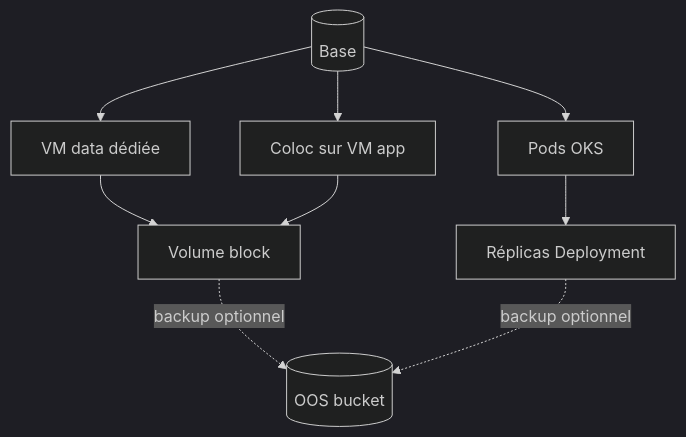
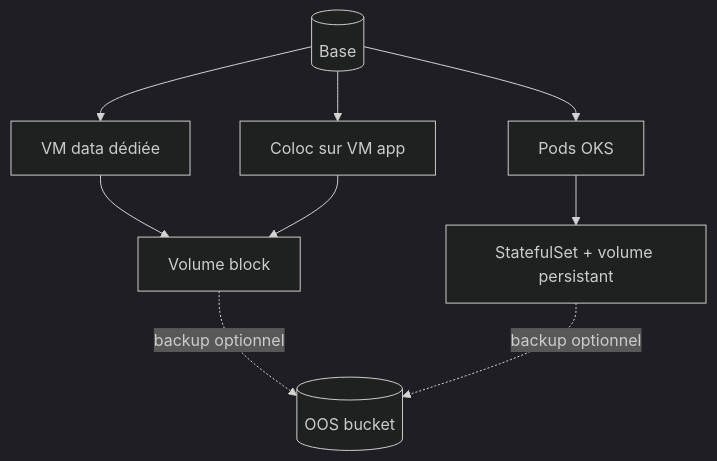
Before and after one commit to simondelamarre/bige-ops-releases: the diagram in docs/bases.md, drawn with Mermaid (dark theme). The commit also changed other lines of this file and 122 other files, not shown here.

````diff
--- a/docs/bases.md
+++ b/docs/bases.md
@@ -5,12 +5,12 @@
 ```mermaid
 flowchart TB
   DB[(Base)]
   DB --> C1[Coloc sur VM app]
   DB --> C2[VM data dédiée]
   DB --> C3[Pods OKS]
   C2 --> VOL[Volume block]
-  C3 --> REP[Réplicas Deployment]
+  C3 --> REP[StatefulSet + volume persistant]
   C1 --> VOL
   VOL -.->|backup optionnel| OOS[(OOS bucket)]
   REP -.->|backup optionnel| OOS
 ```
````
